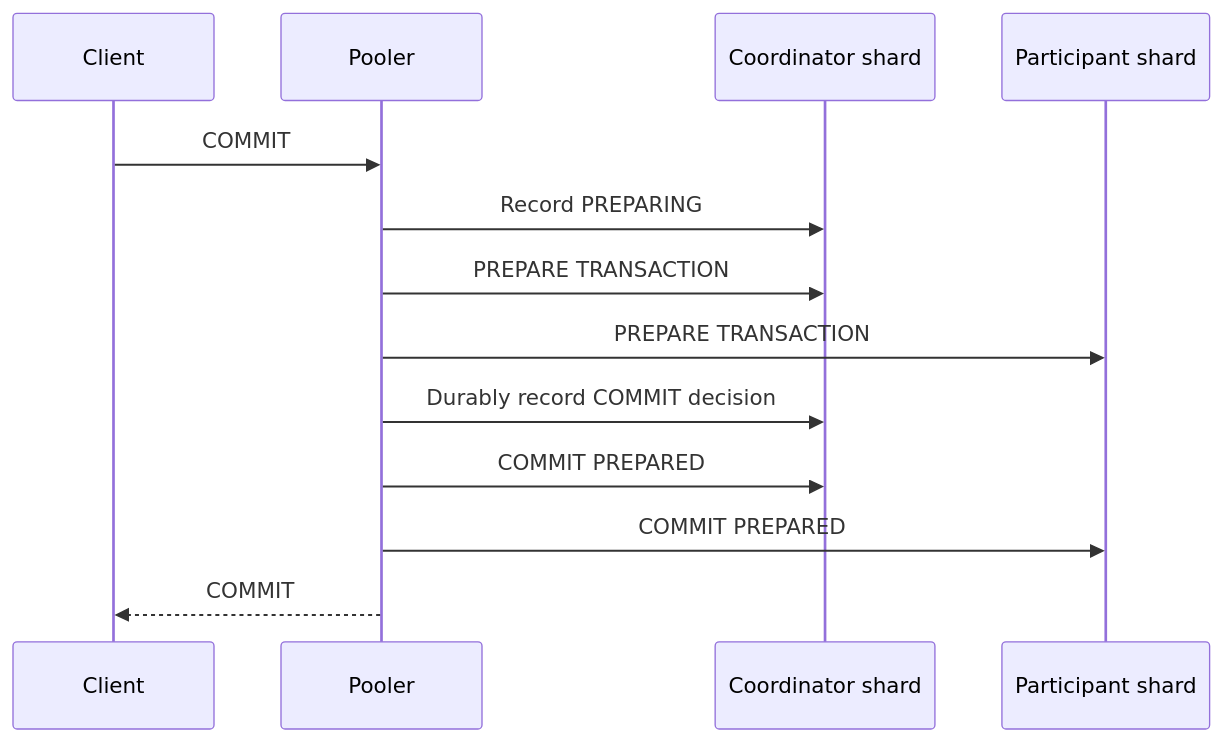
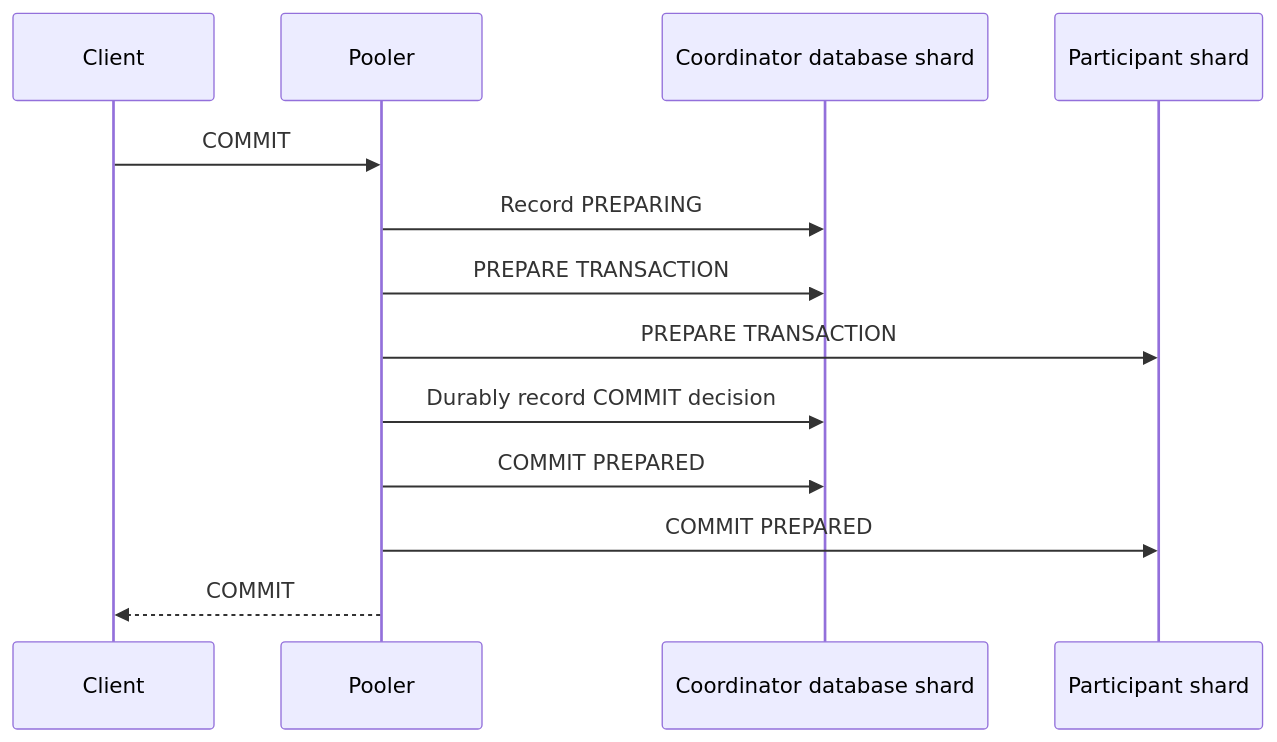
Before and after one commit to andrew01234567890/pgshard: the diagram in website/docs/concepts/distributed-transactions.md, drawn with Mermaid. The commit also changed other lines of this file and 56 other files, not shown here.

Commit message:
feat(operator): bootstrap shardschema catalog (#77)

````diff
--- a/website/docs/concepts/distributed-transactions.md
+++ b/website/docs/concepts/distributed-transactions.md
@@ -19,15 +22,15 @@
 ```mermaid
 sequenceDiagram
   participant C as Client
   participant P as Pooler
-  participant M as Coordinator shard
+  participant M as Coordinator database shard
   participant S as Participant shard
   C->>P: COMMIT
   P->>M: Record PREPARING
   P->>M: PREPARE TRANSACTION
   P->>S: PREPARE TRANSACTION
   P->>M: Durably record COMMIT decision
   P->>M: COMMIT PREPARED
   P->>S: COMMIT PREPARED
   P-->>C: COMMIT
 ```
````
